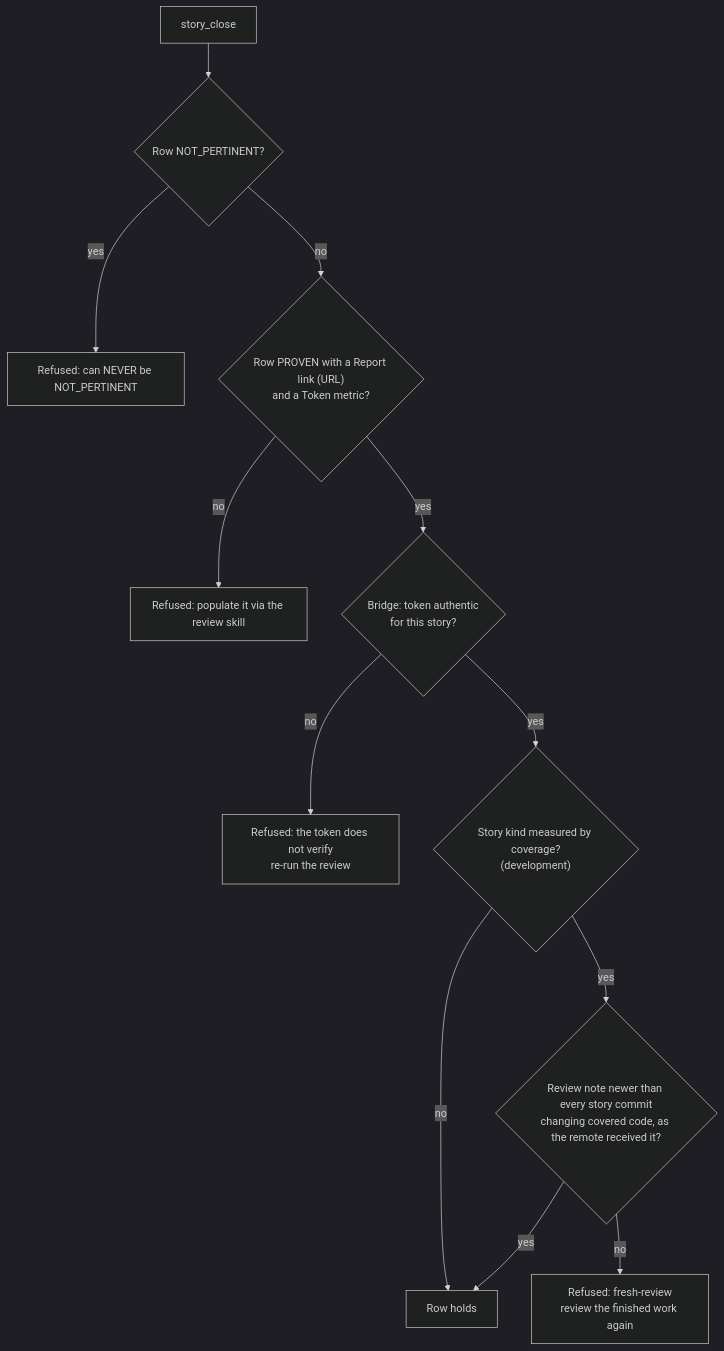
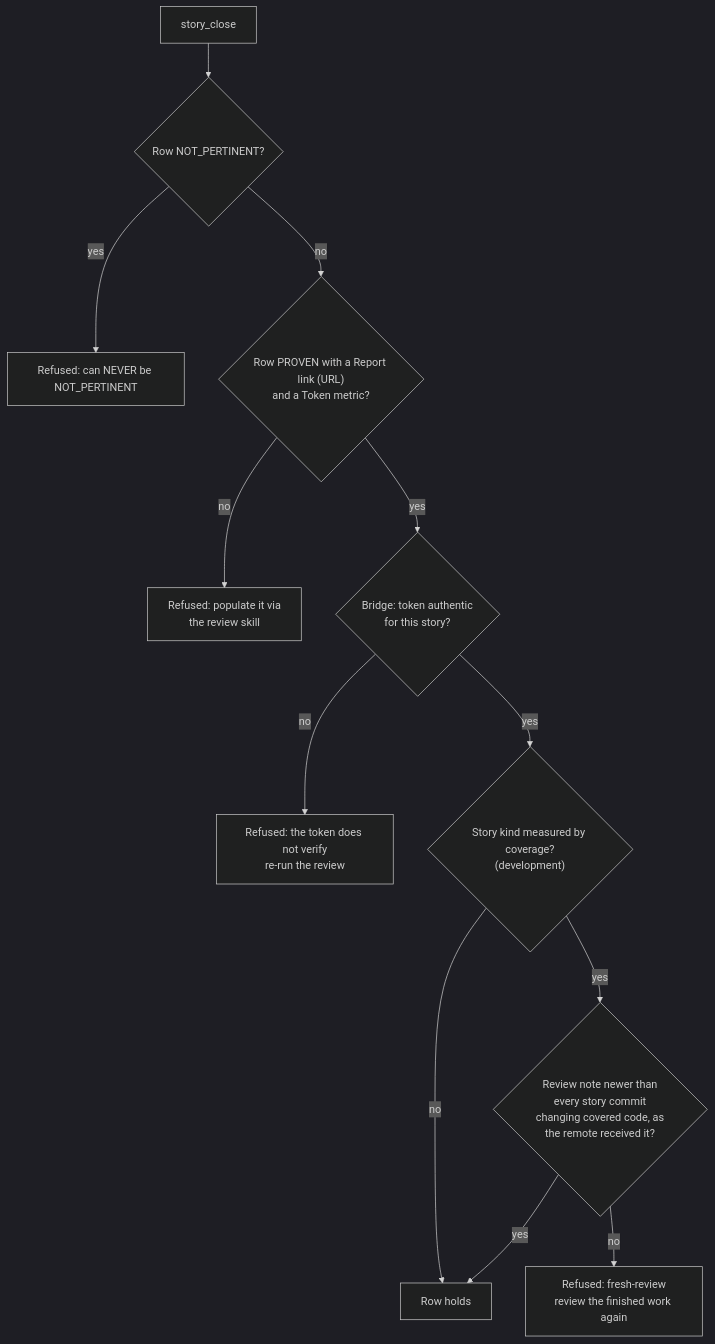
The second of 2 diagrams in docs/PROOF_DIMENSION_ADVERSARIAL_REVIEW.md (DogmaSolutions/Kyklos), drawn with Mermaid (dark theme) before and after one commit. The commit also changed other lines of this file and 38 other files, not shown here.

````diff
--- a/docs/PROOF_DIMENSION_ADVERSARIAL_REVIEW.md
+++ b/docs/PROOF_DIMENSION_ADVERSARIAL_REVIEW.md
@@ -94,14 +94,14 @@
 ```mermaid
 flowchart TD
     C["story_close"] --> N{"Row NOT_PERTINENT?"}
     N -- yes --> X1["Refused: can NEVER be NOT_PERTINENT"]
     N -- no --> P{"Row PROVEN with a Report link (URL)<br/>and a Token metric?"}
-    P -- no --> X2["Refused: populate it via the review skill"]
+    P -- no --> X2["Refused: populate it via<br/>the review skill"]
     P -- yes --> V{"Bridge: token authentic<br/>for this story?"}
     V -- no --> X3["Refused: the token does not verify<br/>re-run the review"]
     V -- yes --> K{"Story kind measured by coverage?<br/>(development)"}
     K -- no --> OK["Row holds"]
-    K -- yes --> F{"Review note newer than every story commit<br/>changing covered code, as the remote received it?"}
+    K -- yes --> F{"Review note newer than<br/>every story commit<br/>changing covered code, as<br/>the remote received it?"}
     F -- no --> X4["Refused: fresh-review<br/>review the finished work again"]
     F -- yes --> OK
 ```
````
